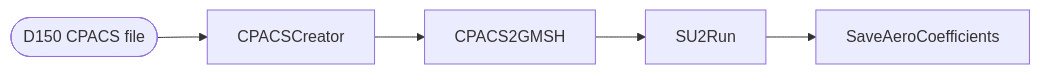
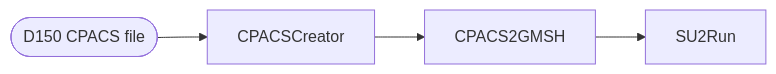
Before and after one commit to cfsengineering/CEASIOMpy: the diagram in test_cases/test_case_3/README.md, drawn with Mermaid. The commit also changed 15 other files, not shown here.

````diff
--- a/test_cases/test_case_3/README.md
+++ b/test_cases/test_case_3/README.md
@@ -30,7 +30,7 @@
 ```mermaid
   graph LR;
       D150([D150 CPACS file])-->CPACSCreator;
       CPACSCreator-->CPACS2GMSH;
       CPACS2GMSH-->SU2Run;
-      SU2Run-->SaveAeroCoefficients;
+      SU2Run;
 ```
````
